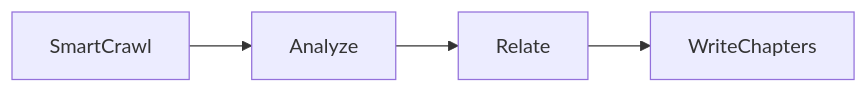
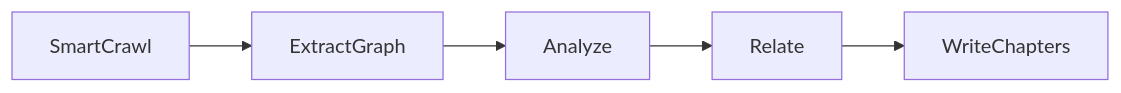
Before and after one commit to malston/coderay: the diagram in README.md, drawn with Mermaid. The commit also changed other lines of this file and 1 other file, not shown here.

Commit message:
test: add end-to-end pipeline coverage for EXTRACTED/INFERRED tagging

````diff
--- a/README.md
+++ b/README.md
@@ -111,6 +111,6 @@
 ```mermaid
 flowchart LR
-    crawl[SmartCrawl] --> analyze[Analyze]
+    crawl[SmartCrawl] --> extract[ExtractGraph] --> analyze[Analyze]
     analyze --> relate[Relate]
     relate --> write[WriteChapters]
 ```
````
